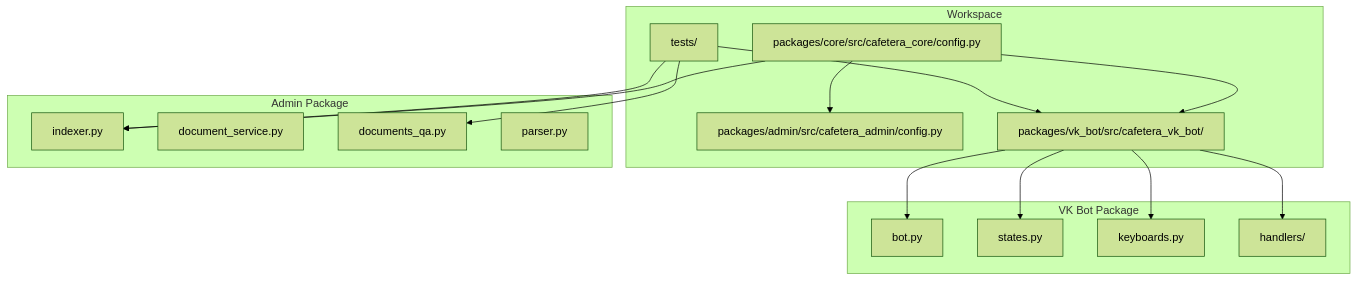
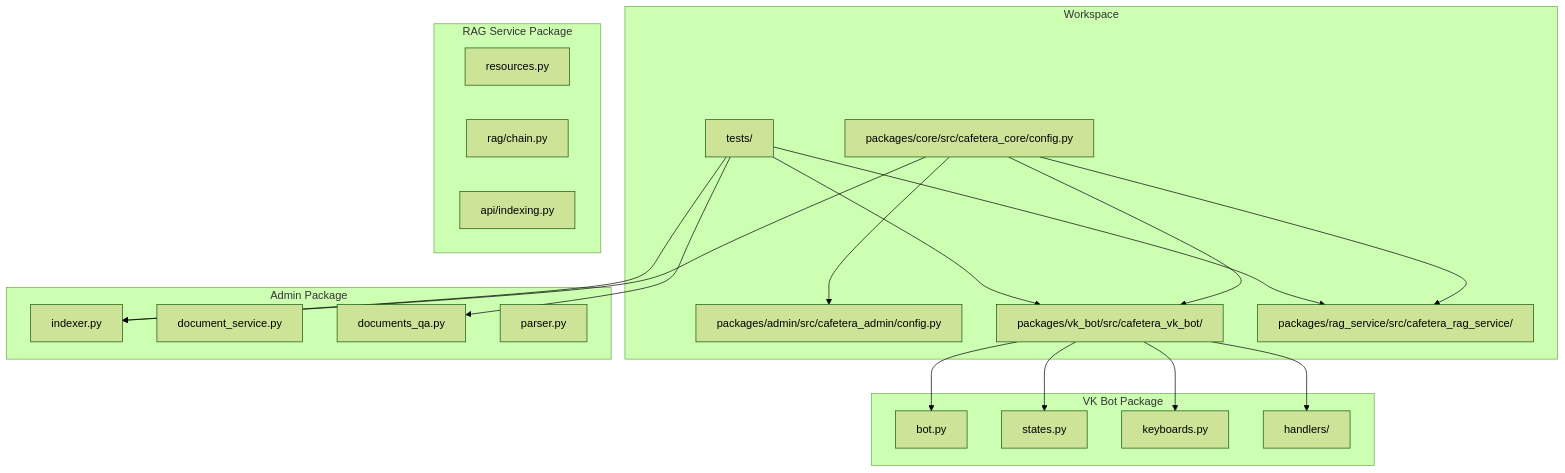
One commit to ognelis/cafetera_hr_bot changed the first of 23 diagrams in .qoder/repowiki/en/content/Document Management System.md. Above: the diagram before and after it, drawn with Mermaid (forest theme). The commit also changed other lines of this file and 13 other files, not shown here.

````diff
--- a/.qoder/repowiki/en/content/Document Management System.md
+++ b/.qoder/repowiki/en/content/Document Management System.md
@@ -69,31 +78,40 @@
 ```mermaid
 graph TB
 subgraph "Workspace"
 CORE["packages/core/src/cafetera_core/config.py"]
 ADMIN["packages/admin/src/cafetera_admin/config.py"]
 VKBOT["packages/vk_bot/src/cafetera_vk_bot/"]
 TESTS["tests/"]
+RAGSERVICE["packages/rag_service/src/cafetera_rag_service/"]
 end
 subgraph "VK Bot Package"
 BOT["bot.py"]
 STATES["states.py"]
 KEYBOARDS["keyboards.py"]
 HANDLERS["handlers/"]
 end
 subgraph "Admin Package"
 INDEXER["indexer.py"]
 DOC_SERVICE["document_service.py"]
 QA_API["documents_qa.py"]
 PARSER["parser.py"]
 end
+subgraph "RAG Service Package"
+PARSER["parser.py"]
+RESOURCES["resources.py"]
+CHAIN["rag/chain.py"]
+INDEXING["api/indexing.py"]
+end
 CORE --> ADMIN
 CORE --> VKBOT
 CORE --> INDEXER
+CORE --> RAGSERVICE
 VKBOT --> BOT
 VKBOT --> STATES
 VKBOT --> KEYBOARDS
 VKBOT --> HANDLERS
 TESTS --> VKBOT
 TESTS --> INDEXER
 TESTS --> QA_API
+TESTS --> RAGSERVICE
 ```
````
